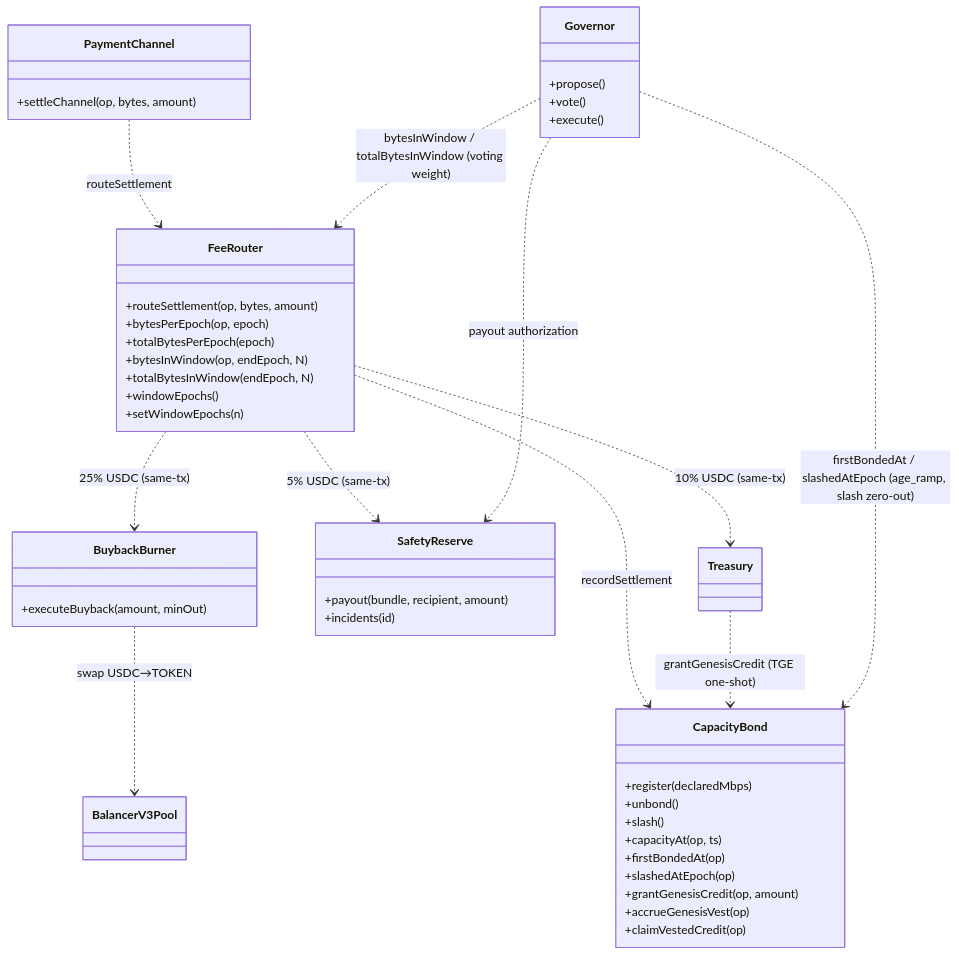
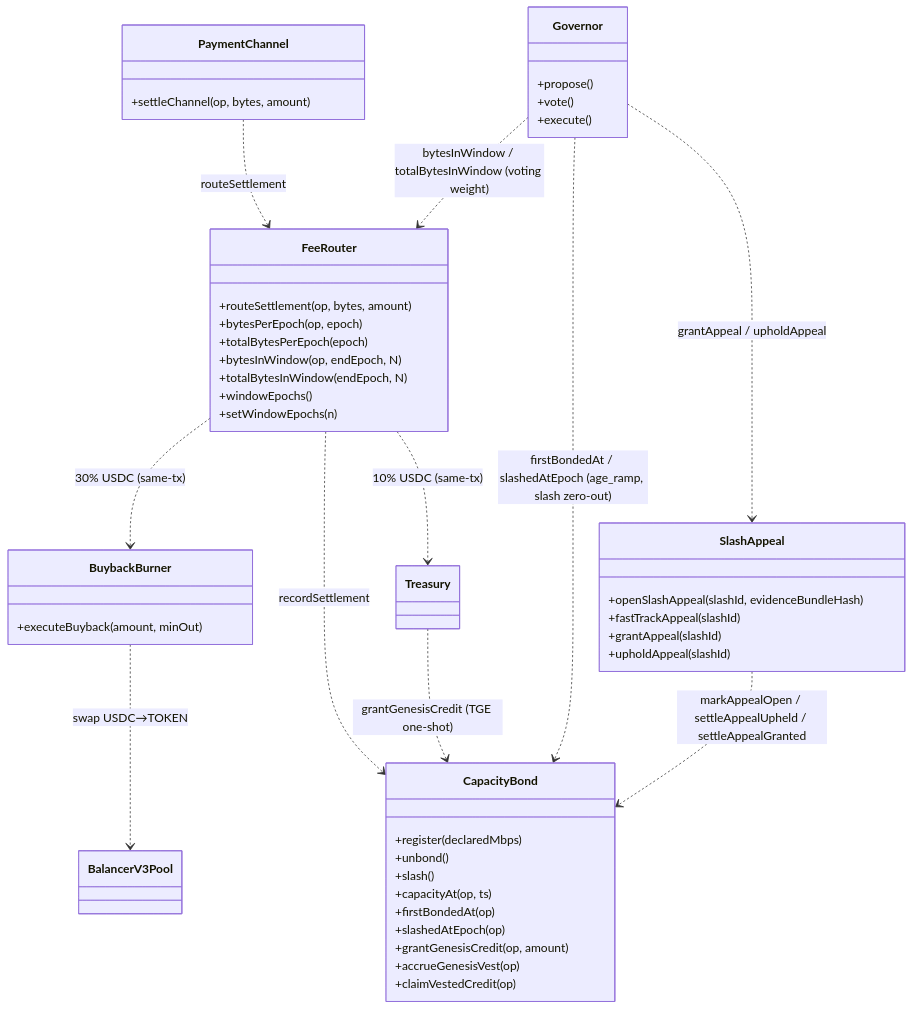
One commit to decdn/decdn changed the first of 5 diagrams in adr/016-contract-interactions.md. Above: the diagram before and after it, drawn with Mermaid. The commit also changed other lines of this file and 35 other files, not shown here.

First line of the commit message:
refactor(contracts): remove SafetyReserve; escrow-on-slash + 5% bucket to burn (#708)

````diff
--- a/adr/016-contract-interactions.md
+++ b/adr/016-contract-interactions.md
@@ -39,51 +39,53 @@
 ```mermaid
 classDiagram
     class PaymentChannel {
         +settleChannel(op, bytes, amount)
     }
     class FeeRouter {
         +routeSettlement(op, bytes, amount)
         +bytesPerEpoch(op, epoch)
         +totalBytesPerEpoch(epoch)
         +bytesInWindow(op, endEpoch, N)
         +totalBytesInWindow(endEpoch, N)
         +windowEpochs()
         +setWindowEpochs(n)
     }
     class CapacityBond {
         +register(declaredMbps)
         +unbond()
         +slash()
         +capacityAt(op, ts)
         +firstBondedAt(op)
         +slashedAtEpoch(op)
         +grantGenesisCredit(op, amount)
         +accrueGenesisVest(op)
         +claimVestedCredit(op)
     }
     class BuybackBurner {
         +executeBuyback(amount, minOut)
     }
-    class SafetyReserve {
-        +payout(bundle, recipient, amount)
-        +incidents(id)
+    class SlashAppeal {
+        +openSlashAppeal(slashId, evidenceBundleHash)
+        +fastTrackAppeal(slashId)
+        +grantAppeal(slashId)
+        +upholdAppeal(slashId)
     }
     class Governor {
         +propose()
         +vote()
         +execute()
     }
     class Treasury
     class BalancerV3Pool
 
     PaymentChannel ..> FeeRouter : routeSettlement
-    FeeRouter ..> BuybackBurner : 25% USDC (same-tx)
+    FeeRouter ..> BuybackBurner : 30% USDC (same-tx)
     FeeRouter ..> Treasury : 10% USDC (same-tx)
-    FeeRouter ..> SafetyReserve : 5% USDC (same-tx)
     FeeRouter ..> CapacityBond : recordSettlement
     BuybackBurner ..> BalancerV3Pool : swap USDC→TOKEN
     Treasury ..> CapacityBond : grantGenesisCredit (TGE one-shot)
     Governor ..> FeeRouter : bytesInWindow / totalBytesInWindow (voting weight)
     Governor ..> CapacityBond : firstBondedAt / slashedAtEpoch (age_ramp, slash zero-out)
-    Governor ..> SafetyReserve : payout authorization
+    SlashAppeal ..> CapacityBond : markAppealOpen / settleAppealUpheld / settleAppealGranted
+    Governor ..> SlashAppeal : grantAppeal / upholdAppeal
 ```
````
